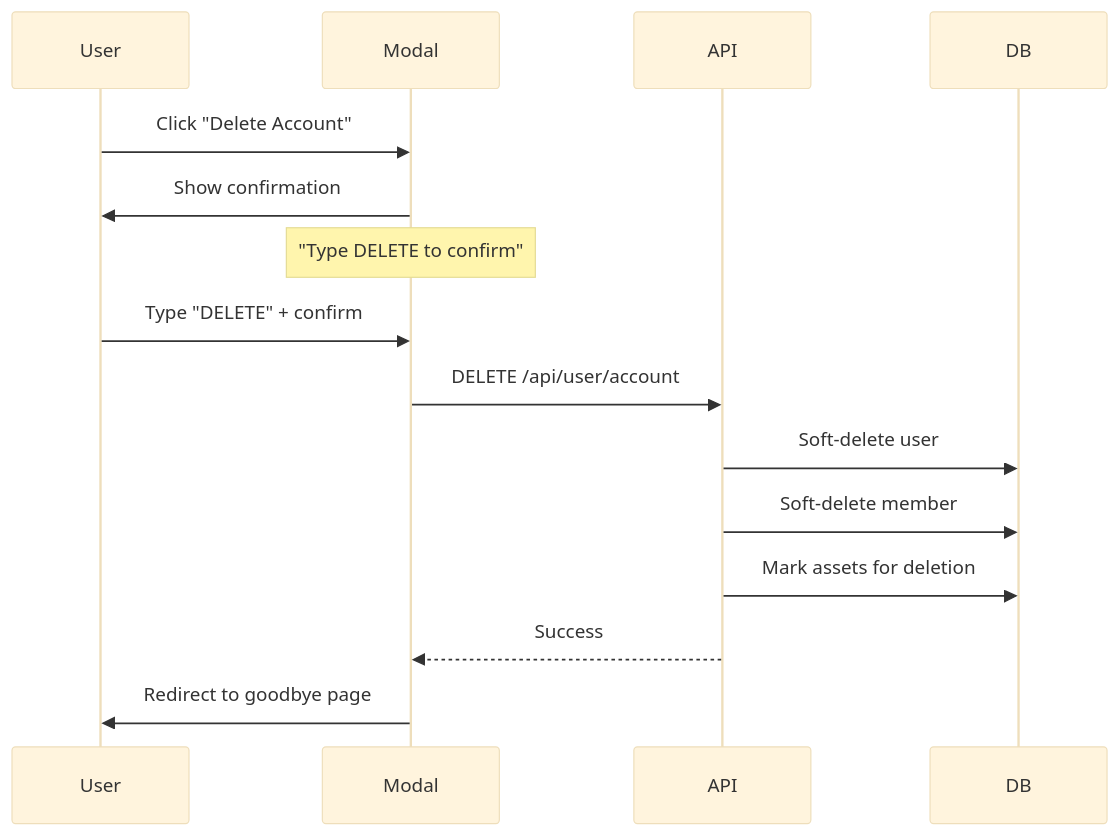
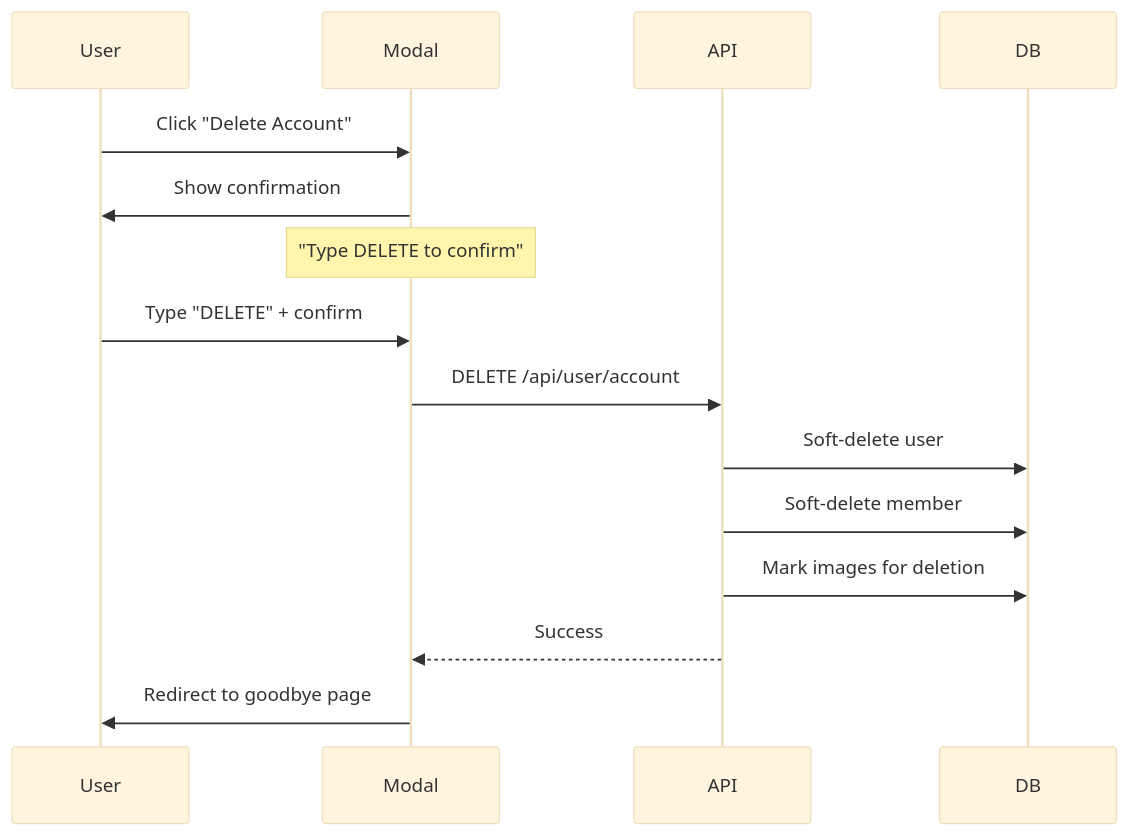
Diagram 13 of 13 in apps/scenergy-visualizer/design-log/004-user-flows-journey.md (shlior7/epox-monorepo), drawn with Mermaid (base theme) before and after one commit. The commit also changed other lines of this file and 8 other files, not shown here.

````diff
--- a/apps/scenergy-visualizer/design-log/004-user-flows-journey.md
+++ b/apps/scenergy-visualizer/design-log/004-user-flows-journey.md
@@ -1685,19 +1831,19 @@
 ```mermaid
 sequenceDiagram
     participant User
     participant Modal
     participant API
 
     User->>Modal: Click "Delete Account"
     Modal->>User: Show confirmation
     Note over Modal: "Type DELETE to confirm"
 
     User->>Modal: Type "DELETE" + confirm
     Modal->>API: DELETE /api/user/account
     API->>DB: Soft-delete user
     API->>DB: Soft-delete member
-    API->>DB: Mark assets for deletion
+    API->>DB: Mark images for deletion
     API-->>Modal: Success
 
     Modal->>User: Redirect to goodbye page
 ```
````
